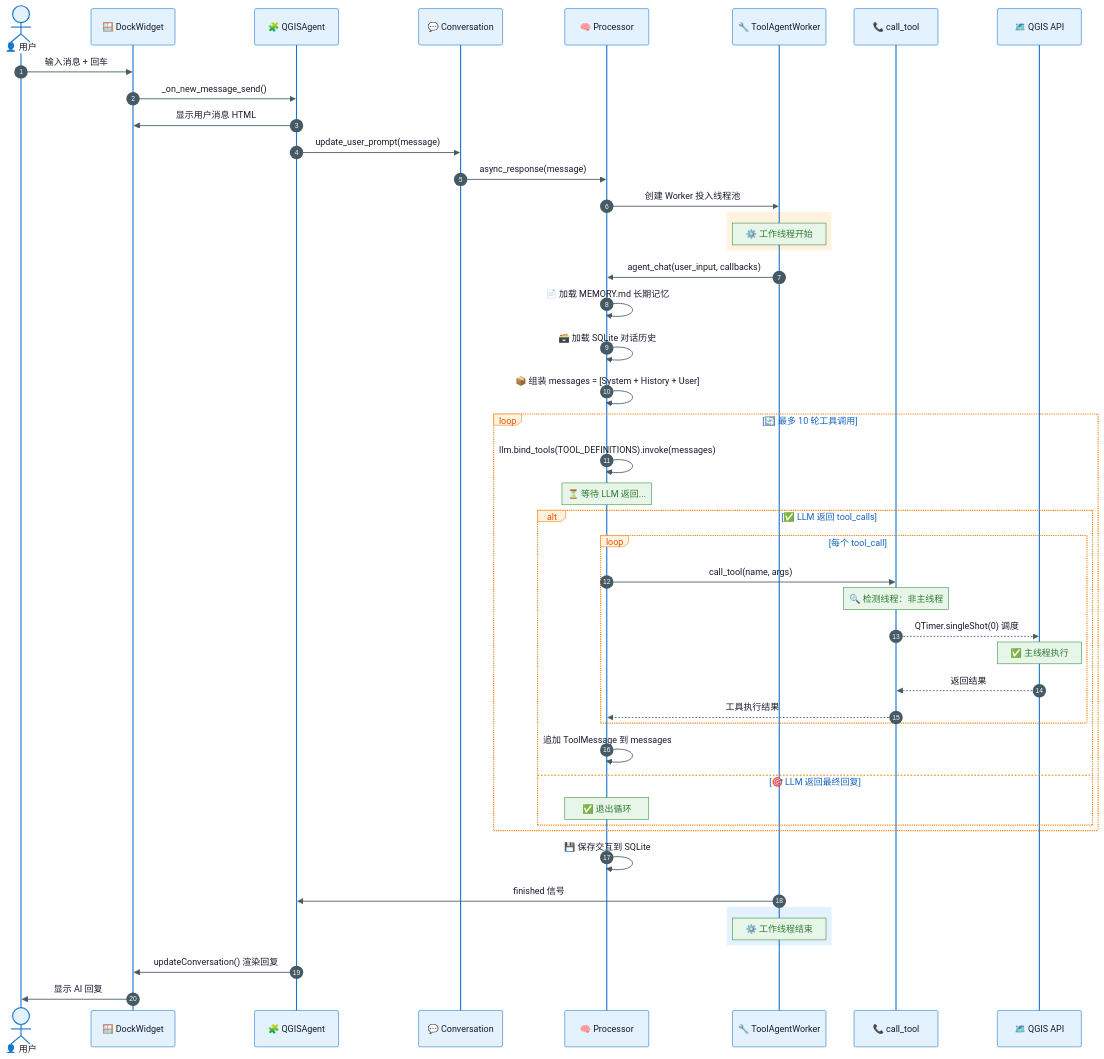
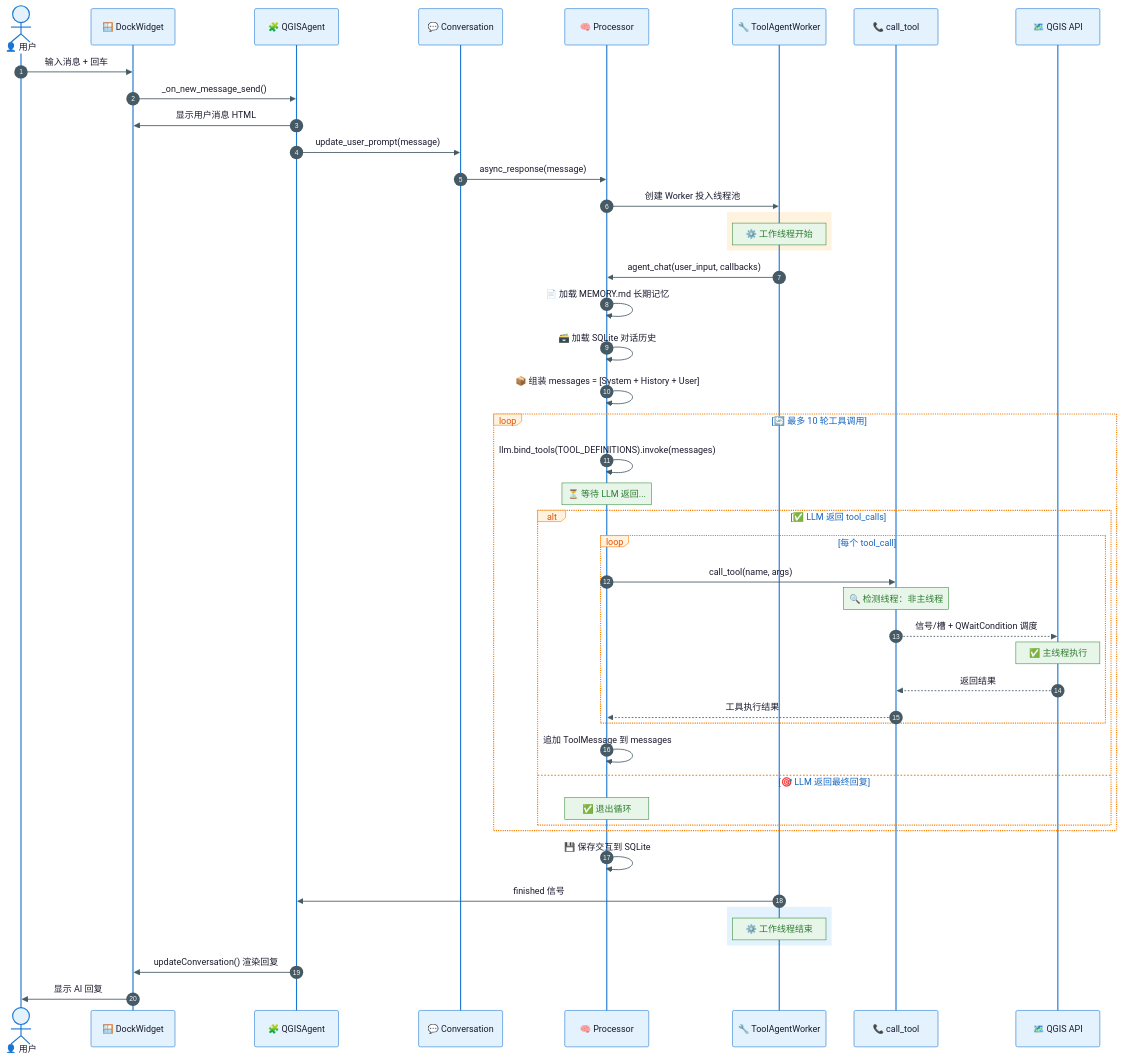
One commit to bunkmr/qgis-agent changed the second of 8 diagrams in CLAUDE.md. Above: the diagram before and after it, drawn with Mermaid. The commit also changed other lines of this file and 22 other files, not shown here.

````diff
--- a/CLAUDE.md
+++ b/CLAUDE.md
@@ -61,59 +61,59 @@
 ```mermaid
 %%{init: {'theme': 'base', 'themeVariables': { 'actorTextColor': '#1a1a2e', 'actorBkg': '#e3f2fd', 'actorBorder': '#1976d2', 'actorLineColor': '#1976d2', 'signalColor': '#455a64', 'signalTextColor': '#1a1a2e', 'labelBoxBkgColor': '#fff3e0', 'labelBoxBorderColor': '#f57c00', 'labelTextColor': '#e65100', 'loopTextColor': '#1565c0', 'noteBkgColor': '#e8f5e9', 'noteBorderColor': '#388e3c', 'noteTextColor': '#2e7d32'}}}%%
 sequenceDiagram
     autonumber
     actor User as 👤 用户
     participant D as 🪟 DockWidget
     participant A as 🧩 QGISAgent
     participant C as 💬 Conversation
     participant P as 🧠 Processor
     participant W as 🔧 ToolAgentWorker
     participant T as 📞 call_tool
     participant Q as 🗺️ QGIS API
 
     User->>D: 输入消息 + 回车
     D->>A: _on_new_message_send()
     A->>D: 显示用户消息 HTML
     A->>C: update_user_prompt(message)
     C->>P: async_response(message)
     P->>W: 创建 Worker 投入线程池
 
     rect rgb(255, 243, 224)
         Note over W: ⚙️ 工作线程开始
     end
 
     W->>P: agent_chat(user_input, callbacks)
 
     P->>P: 📄 加载 MEMORY.md 长期记忆
     P->>P: 🗃️ 加载 SQLite 对话历史
     P->>P: 📦 组装 messages = [System + History + User]
 
     loop 🔄 最多 10 轮工具调用
         P->>P: llm.bind_tools(TOOL_DEFINITIONS).invoke(messages)
         Note over P: ⏳ 等待 LLM 返回...
 
         alt ✅ LLM 返回 tool_calls
             loop 每个 tool_call
                 P->>T: call_tool(name, args)
                 Note over T: 🔍 检测线程：非主线程
-                T-->>Q: QTimer.singleShot(0) 调度
+                T-->>Q: 信号/槽 + QWaitCondition 调度
                 Note over Q: ✅ 主线程执行
                 Q-->>T: 返回结果
                 T-->>P: 工具执行结果
             end
             P->>P: 追加 ToolMessage 到 messages
         else 🎯 LLM 返回最终回复
             Note over P: ✅ 退出循环
         end
     end
 
     P->>P: 💾 保存交互到 SQLite
     W->>A: finished 信号
 
     rect rgb(227, 242, 253)
         Note over W: ⚙️ 工作线程结束
     end
 
     A->>D: updateConversation() 渲染回复
     D->>User: 显示 AI 回复
 ```
````
